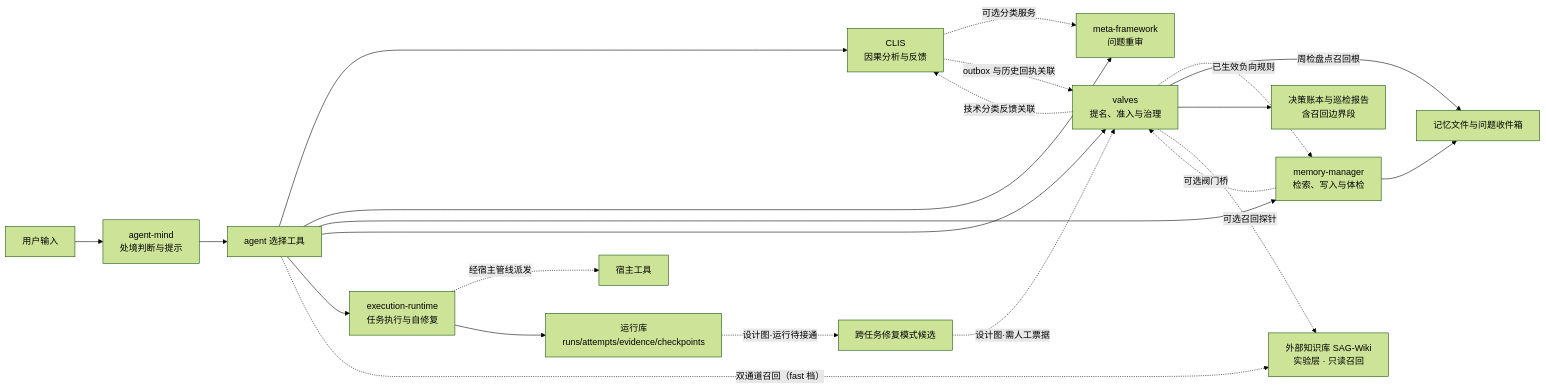
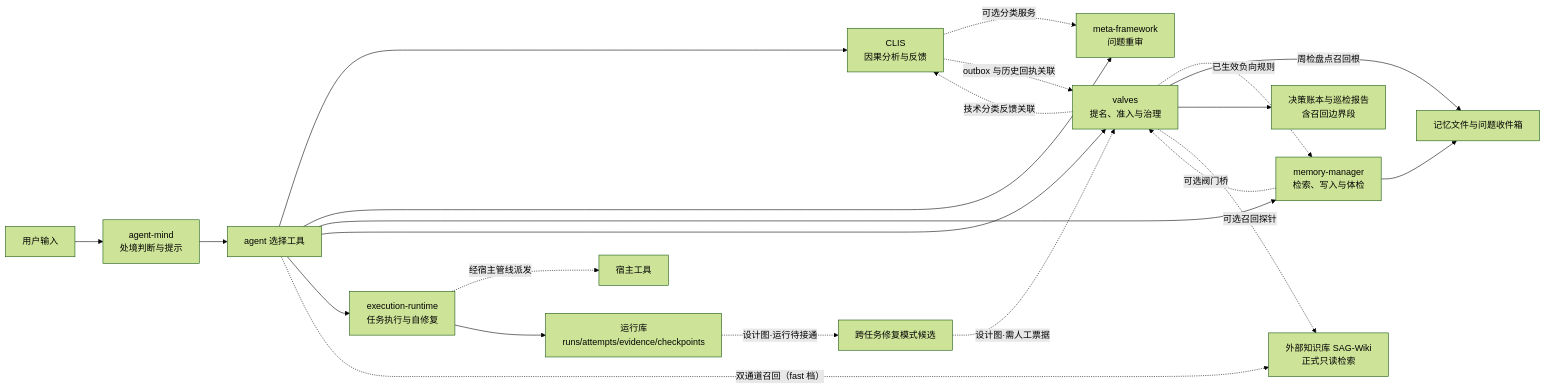
One commit to Chandlersn/dsh-mind-system changed the diagram in README.md. Above: the diagram before and after it, drawn with Mermaid (forest theme). The commit also changed other lines of this file and 3 other files, not shown here.

Commit message:
docs: describe SAG-Wiki as a supported read-only search channel

````diff
--- a/README.md
+++ b/README.md
@@ -22,25 +22,25 @@
 ```mermaid
 flowchart LR
     U[用户输入] --> M[agent-mind<br/>处境判断与提示]
     M --> A[agent 选择工具]
     A --> C[CLIS<br/>因果分析与反馈]
     A --> F[meta-framework<br/>问题重审]
     A --> R[memory-manager<br/>检索、写入与体检]
     A --> V[valves<br/>提名、准入与治理]
     A --> X[execution-runtime<br/>任务执行与自修复]
     A -. 双通道召回（fast 档） .-> K
     C -. 可选分类服务 .-> F
     C -. outbox 与历史回执关联 .-> V
     V -. 技术分类反馈关联 .-> C
     R -. 可选阀门桥 .-> V
     V -. 已生效负向规则 .-> R
     V -->|周检盘点召回根| I
     R --> I[记忆文件与问题收件箱]
     V --> L[决策账本与巡检报告<br/>含召回边界段]
     V -. 可选召回探针 .-> K
     X -. 经宿主管线派发 .-> T[宿主工具]
     X --> S[运行库<br/>runs/attempts/evidence/checkpoints]
     S -.设计图·运行待接通.-> Q[跨任务修复模式候选]
     Q -.设计图·需人工票据.-> V
-    K[外部知识库 SAG-Wiki<br/>实验层 · 只读召回]
+    K[外部知识库 SAG-Wiki<br/>正式只读检索]
 ```
````
